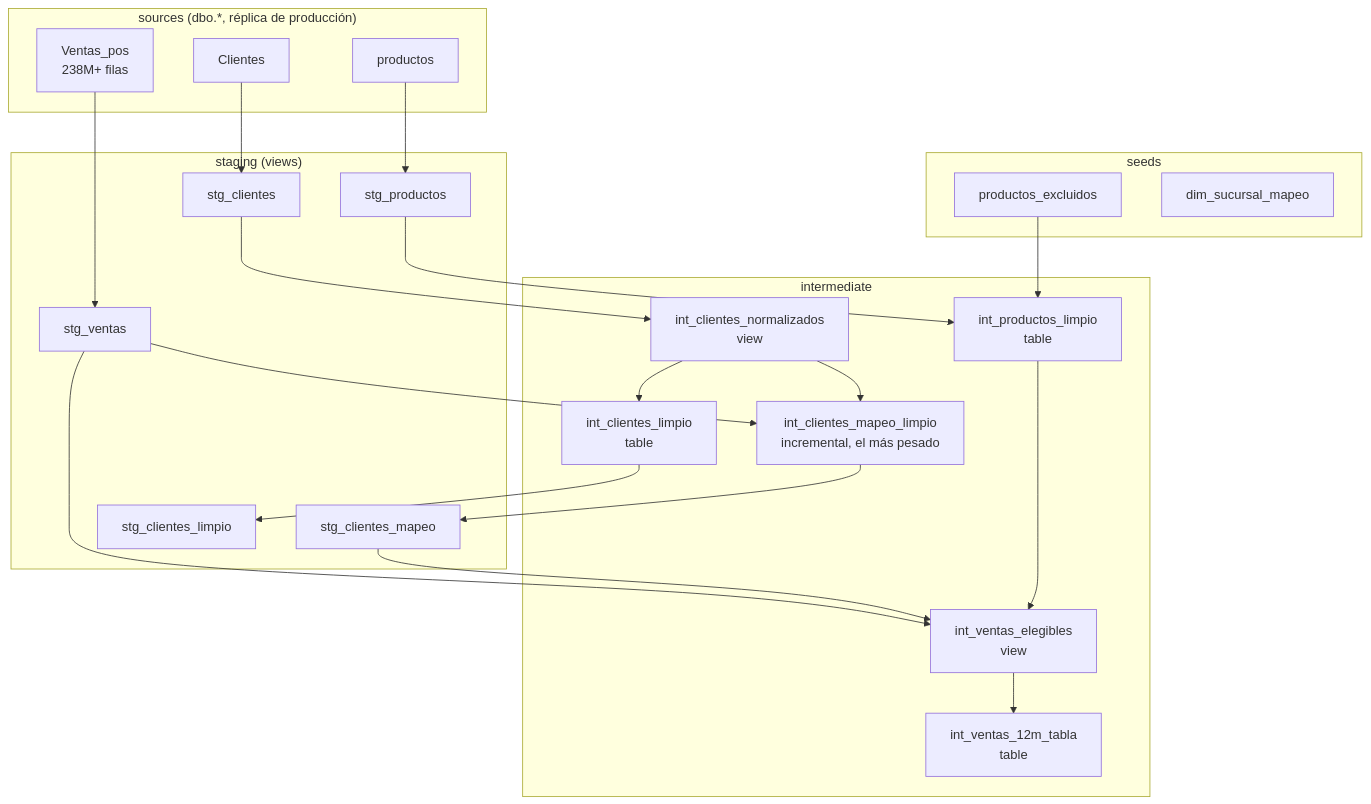
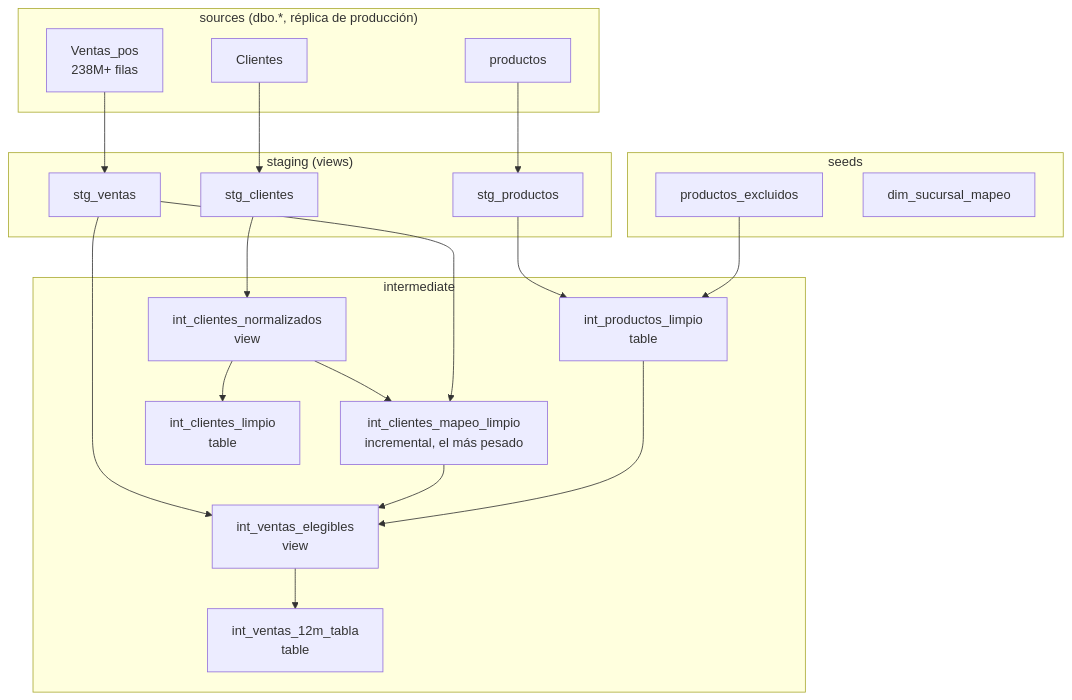
Before and after one commit to adrian-dato/dbt-ahorrazo: the first of 6 diagrams in ARQUITECTURA.md, drawn with Mermaid. The commit also changed other lines of this file and 13 other files, not shown here.

````diff
--- a/ARQUITECTURA.md
+++ b/ARQUITECTURA.md
@@ -98,50 +98,46 @@
 ```mermaid
 graph TD
     subgraph SRC["sources (dbo.*, réplica de producción)"]
         SRC_VENTAS[Ventas_pos<br/>238M+ filas]
         SRC_PROD[productos]
         SRC_CLI[Clientes]
     end
 
     subgraph SEEDS["seeds"]
         SEED_EXCL[productos_excluidos]
         SEED_SUC[dim_sucursal_mapeo]
     end
 
     subgraph STG["staging (views)"]
         STG_VENTAS[stg_ventas]
         STG_PROD[stg_productos]
         STG_CLI[stg_clientes]
-        STG_MAPEO[stg_clientes_mapeo]
-        STG_LIMPIO[stg_clientes_limpio]
     end
 
     subgraph INT["intermediate"]
         INT_NORM[int_clientes_normalizados<br/>view]
         INT_MAPEO[int_clientes_mapeo_limpio<br/>incremental, el más pesado]
         INT_LIMPIO[int_clientes_limpio<br/>table]
         INT_PROD[int_productos_limpio<br/>table]
         INT_ELEG[int_ventas_elegibles<br/>view]
         INT_12M_T[int_ventas_12m_tabla<br/>table]
     end
 
     SRC_VENTAS --> STG_VENTAS
     SRC_PROD --> STG_PROD
     SRC_CLI --> STG_CLI
 
     STG_CLI --> INT_NORM
     INT_NORM --> INT_MAPEO
     STG_VENTAS --> INT_MAPEO
     INT_NORM --> INT_LIMPIO
-    INT_MAPEO --> STG_MAPEO
-    INT_LIMPIO --> STG_LIMPIO
 
     STG_PROD --> INT_PROD
     SEED_EXCL --> INT_PROD
 
     STG_VENTAS --> INT_ELEG
-    STG_MAPEO --> INT_ELEG
+    INT_MAPEO --> INT_ELEG
     INT_PROD --> INT_ELEG
 
     INT_ELEG --> INT_12M_T
 ```
````
